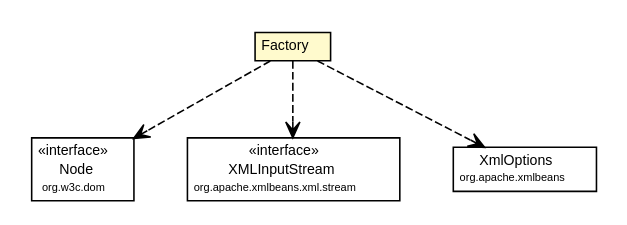
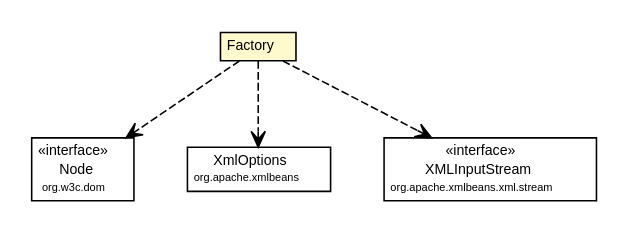
The diagram in site/apidocs/org/synchronoss/cpo/util/cpoUtilConfig/CtCustomClasspath.Factory.dot (synchronoss/cpo-util), drawn with Graphviz before and after one commit. The commit also changed 299 other files, not shown here.

Commit message:
Creating site for cpoUtil, 5.1.1-SNAPSHOT

```diff
--- a/site/apidocs/org/synchronoss/cpo/util/cpoUtilConfig/CtCustomClasspath.Factory.dot
+++ b/site/apidocs/org/synchronoss/cpo/util/cpoUtilConfig/CtCustomClasspath.Factory.dot
@@ -1,45 +1,45 @@
 #!/usr/local/bin/dot
 #
 # Class diagram 
 # Generated by UmlGraph version 4.6 (http://www.spinellis.gr/sw/umlgraph)
 #
 
 digraph G {
 	edge [fontname="Helvetica",fontsize=10,labelfontname="Helvetica",labelfontsize=10];
 	node [fontname="Helvetica",fontsize=10,shape=plaintext];
 	// org.synchronoss.cpo.util.cpoUtilConfig.CtCustomClasspath.Factory
 	c4993 [label=<<table border="0" cellborder="1" cellspacing="0" cellpadding="2" port="p" bgcolor="lemonChiffon" href="./CtCustomClasspath.Factory.html">
 		<tr><td><table border="0" cellspacing="0" cellpadding="1">
 			<tr><td> Factory </td></tr>
 		</table></td></tr>
 		</table>>, fontname="Helvetica", fontcolor="black", fontsize=9.0];
 	// org.synchronoss.cpo.util.cpoUtilConfig.CtCustomClasspath.Factory DEPEND org.w3c.dom.Node
 	c4993:p -> c5006:p [taillabel="", label="", headlabel="", fontname="Helvetica", fontcolor="black", fontsize=10.0, color="black", arrowhead=open, style=dashed];
+	// org.synchronoss.cpo.util.cpoUtilConfig.CtCustomClasspath.Factory DEPEND org.apache.xmlbeans.XmlOptions
+	c4993:p -> c5007:p [taillabel="", label="", headlabel="", fontname="Helvetica", fontcolor="black", fontsize=10.0, color="black", arrowhead=open, style=dashed];
 	// org.synchronoss.cpo.util.cpoUtilConfig.CtCustomClasspath.Factory DEPEND org.apache.xmlbeans.xml.stream.XMLInputStream
-	c4993:p -> c5007:p [taillabel="", label="", headlabel="", fontname="Helvetica", fontcolor="black", fontsize=10.0, color="black", arrowhead=open, style=dashed];
-	// org.synchronoss.cpo.util.cpoUtilConfig.CtCustomClasspath.Factory DEPEND org.apache.xmlbeans.XmlOptions
 	c4993:p -> c5008:p [taillabel="", label="", headlabel="", fontname="Helvetica", fontcolor="black", fontsize=10.0, color="black", arrowhead=open, style=dashed];
 	// org.apache.xmlbeans.xml.stream.XMLInputStream
-	c5007 [label=<<table border="0" cellborder="1" cellspacing="0" cellpadding="2" port="p" href="http://java.sun.com/j2se/1.4.2/docs/api/org/apache/xmlbeans/xml/stream/XMLInputStream.html">
+	c5008 [label=<<table border="0" cellborder="1" cellspacing="0" cellpadding="2" port="p" href="http://java.sun.com/j2se/1.4.2/docs/api/org/apache/xmlbeans/xml/stream/XMLInputStream.html">
 		<tr><td><table border="0" cellspacing="0" cellpadding="1">
 			<tr><td> &laquo;interface&raquo; </td></tr>
 			<tr><td> XMLInputStream </td></tr>
 			<tr><td><font point-size="7.0"> org.apache.xmlbeans.xml.stream </font></td></tr>
 		</table></td></tr>
 		</table>>, fontname="Helvetica", fontcolor="black", fontsize=9.0];
 	// org.w3c.dom.Node
 	c5006 [label=<<table border="0" cellborder="1" cellspacing="0" cellpadding="2" port="p" href="http://java.sun.com/j2se/1.4.2/docs/api/org/w3c/dom/Node.html">
 		<tr><td><table border="0" cellspacing="0" cellpadding="1">
 			<tr><td> &laquo;interface&raquo; </td></tr>
 			<tr><td> Node </td></tr>
 			<tr><td><font point-size="7.0"> org.w3c.dom </font></td></tr>
 		</table></td></tr>
 		</table>>, fontname="Helvetica", fontcolor="black", fontsize=9.0];
 	// org.apache.xmlbeans.XmlOptions
-	c5008 [label=<<table border="0" cellborder="1" cellspacing="0" cellpadding="2" port="p" href="http://java.sun.com/j2se/1.4.2/docs/api/org/apache/xmlbeans/XmlOptions.html">
+	c5007 [label=<<table border="0" cellborder="1" cellspacing="0" cellpadding="2" port="p" href="http://java.sun.com/j2se/1.4.2/docs/api/org/apache/xmlbeans/XmlOptions.html">
 		<tr><td><table border="0" cellspacing="0" cellpadding="1">
 			<tr><td> XmlOptions </td></tr>
 			<tr><td><font point-size="7.0"> org.apache.xmlbeans </font></td></tr>
 		</table></td></tr>
 		</table>>, fontname="Helvetica", fontcolor="black", fontsize=9.0];
 }
```
